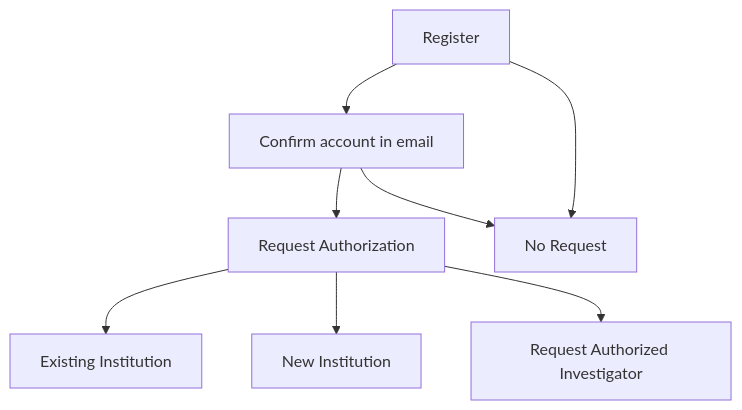
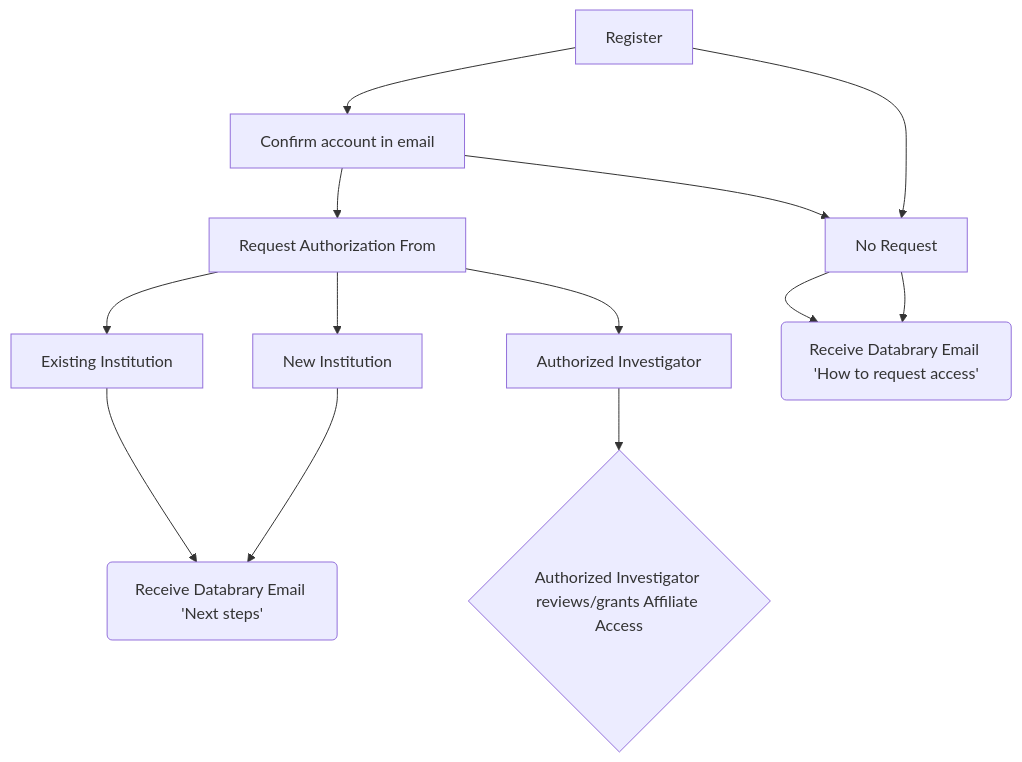
Before and after one commit to databrary/guide: the first of 2 diagrams in src/admin/flowcharts.qmd, drawn with Mermaid. The commit also changed other lines of this file and 88 other files, not shown here.

Commit message:
update flowchart

````diff
--- a/src/admin/flowcharts.qmd
+++ b/src/admin/flowcharts.qmd
@@ -9,9 +9,9 @@
 ```{mermaid}
 flowchart
-  A[Register] --> B[Confirm account in email] --> C[Request Authorization]
-  C --> D[Existing Institution]
-  C --> E[New Institution]
-  C --> G[Request Authorized Investigator]
-  A --> F[No Request]
-  B --> F[No Request]
+  A[Register] --> B[Confirm account in email] --> C[Request Authorization From]
+  C --> D[Existing Institution] --> H(Receive Databrary Email 'Next steps')
+  C --> E[New Institution] --> H(Receive Databrary Email 'Next steps')
+  C --> G[Authorized Investigator] --> I{Authorized Investigator reviews/grants Affiliate Access}
+  A --> F[No Request] --> J(Receive Databrary Email 'How to request access')
+  B --> F[No Request] --> J(Receive Databrary Email 'How to request access')
 ```
````
